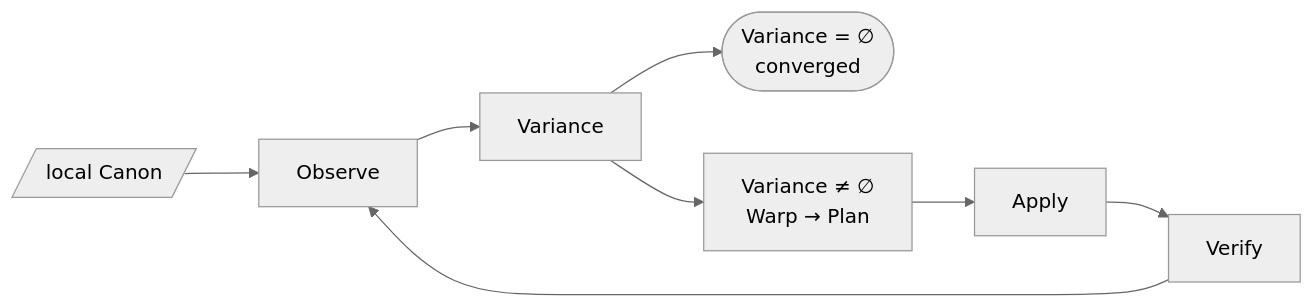
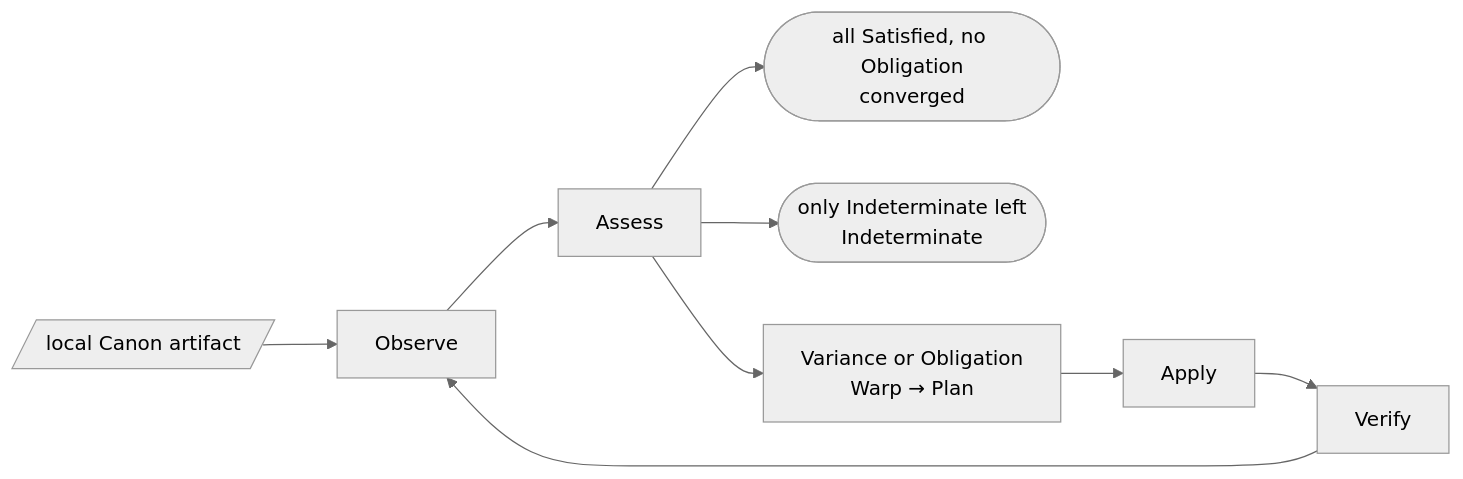
One commit to kmosoti/Nomos changed the third of 5 diagrams in docs/architecture/system.md. Above: the diagram before and after it, drawn with Mermaid (neutral theme). The commit also changed other lines of this file and 17 other files, not shown here.

````diff
--- a/docs/architecture/system.md
+++ b/docs/architecture/system.md
@@ -49,6 +49,7 @@
 ```mermaid
 flowchart LR
-    Canon[/"local Canon"/] --> Observe --> Diff["Variance"]
-    Diff --> Done(["Variance = ∅<br/>converged"])
-    Diff --> Plan["Variance ≠ ∅<br/>Warp → Plan"] --> Apply --> Verify --> Observe
+    Canon[/"local Canon artifact"/] --> Observe --> Assess["Assess"]
+    Assess --> Done(["all Satisfied, no Obligation<br/>converged"])
+    Assess --> Ind(["only Indeterminate left<br/>Indeterminate"])
+    Assess --> Plan["Variance or Obligation<br/>Warp → Plan"] --> Apply --> Verify --> Observe
 ```
````
